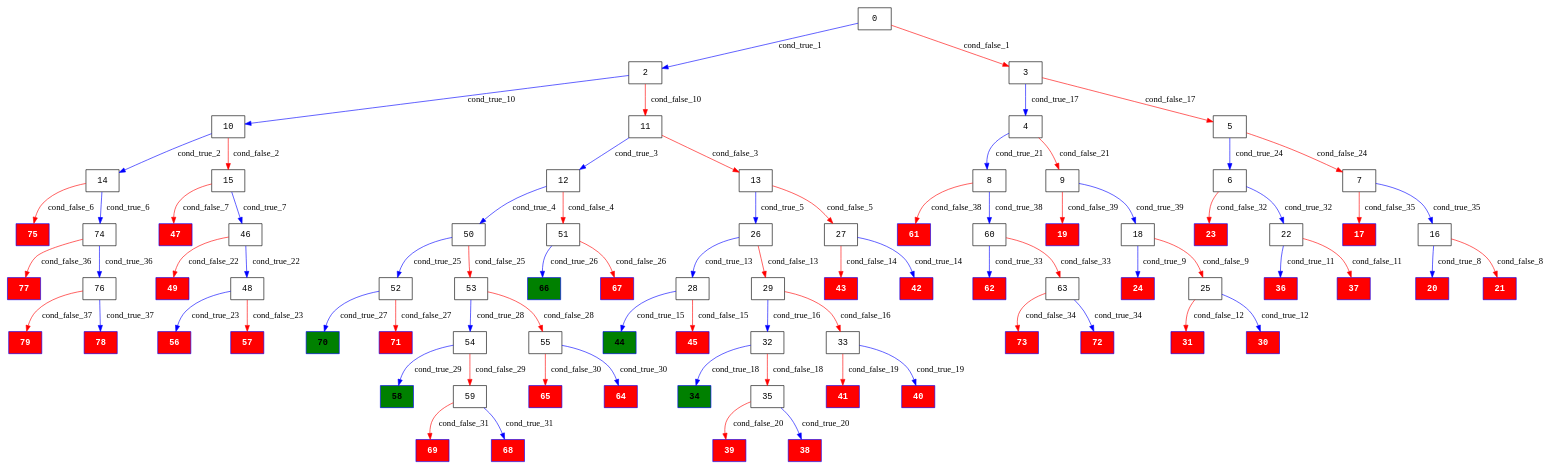
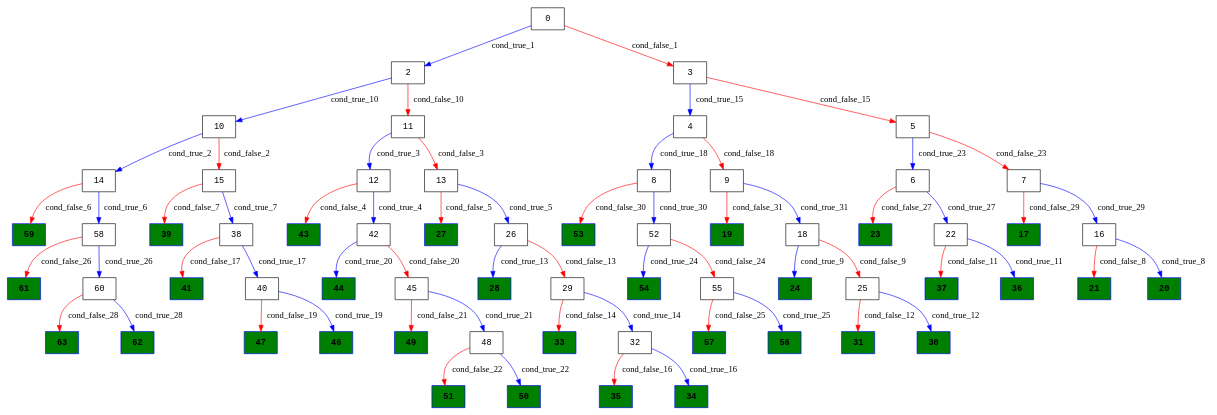
The diagram in klee_results/monotone_binary_int_assumes_processed/monotone_binary_int_assumes_execution_tree.dot (Research-Tools-PAVT/PSE-Program-Examples), drawn with Graphviz before and after one commit. The commit also changed 186 other files, not shown here.

```diff
--- a/klee_results/monotone_binary_int_assumes_processed/monotone_binary_int_assumes_execution_tree.dot
+++ b/klee_results/monotone_binary_int_assumes_processed/monotone_binary_int_assumes_execution_tree.dot
@@ -1,121 +1,97 @@
 digraph ExecutionTree {
 	node [color=black fontname=Courier height=.5 shape=record]
-	70 [color=blue, fillcolor=green, style=filled, fontcolor=black, fontname="Courier-Bold"]
-	66 [color=blue, fillcolor=green, style=filled, fontcolor=black, fontname="Courier-Bold"]
-	58 [color=blue, fillcolor=green, style=filled, fontcolor=black, fontname="Courier-Bold"]
+	63 [color=blue, fillcolor=green, style=filled, fontcolor=black, fontname="Courier-Bold"]
+	62 [color=blue, fillcolor=green, style=filled, fontcolor=black, fontname="Courier-Bold"]
+	61 [color=blue, fillcolor=green, style=filled, fontcolor=black, fontname="Courier-Bold"]
+	59 [color=blue, fillcolor=green, style=filled, fontcolor=black, fontname="Courier-Bold"]
+	57 [color=blue, fillcolor=green, style=filled, fontcolor=black, fontname="Courier-Bold"]
+	56 [color=blue, fillcolor=green, style=filled, fontcolor=black, fontname="Courier-Bold"]
+	54 [color=blue, fillcolor=green, style=filled, fontcolor=black, fontname="Courier-Bold"]
+	53 [color=blue, fillcolor=green, style=filled, fontcolor=black, fontname="Courier-Bold"]
+	51 [color=blue, fillcolor=green, style=filled, fontcolor=black, fontname="Courier-Bold"]
+	50 [color=blue, fillcolor=green, style=filled, fontcolor=black, fontname="Courier-Bold"]
+	49 [color=blue, fillcolor=green, style=filled, fontcolor=black, fontname="Courier-Bold"]
+	47 [color=blue, fillcolor=green, style=filled, fontcolor=black, fontname="Courier-Bold"]
+	46 [color=blue, fillcolor=green, style=filled, fontcolor=black, fontname="Courier-Bold"]
 	44 [color=blue, fillcolor=green, style=filled, fontcolor=black, fontname="Courier-Bold"]
+	43 [color=blue, fillcolor=green, style=filled, fontcolor=black, fontname="Courier-Bold"]
+	41 [color=blue, fillcolor=green, style=filled, fontcolor=black, fontname="Courier-Bold"]
+	39 [color=blue, fillcolor=green, style=filled, fontcolor=black, fontname="Courier-Bold"]
+	37 [color=blue, fillcolor=green, style=filled, fontcolor=black, fontname="Courier-Bold"]
+	36 [color=blue, fillcolor=green, style=filled, fontcolor=black, fontname="Courier-Bold"]
+	35 [color=blue, fillcolor=green, style=filled, fontcolor=black, fontname="Courier-Bold"]
 	34 [color=blue, fillcolor=green, style=filled, fontcolor=black, fontname="Courier-Bold"]
-	17 [color=blue, fillcolor=red, style=filled, fontcolor=white, fontname="Courier-Bold"]
-	56 [color=blue, fillcolor=red, style=filled, fontcolor=white, fontname="Courier-Bold"]
-	24 [color=blue, fillcolor=red, style=filled, fontcolor=white, fontname="Courier-Bold"]
-	79 [color=blue, fillcolor=red, style=filled, fontcolor=white, fontname="Courier-Bold"]
-	20 [color=blue, fillcolor=red, style=filled, fontcolor=white, fontname="Courier-Bold"]
-	77 [color=blue, fillcolor=red, style=filled, fontcolor=white, fontname="Courier-Bold"]
-	75 [color=blue, fillcolor=red, style=filled, fontcolor=white, fontname="Courier-Bold"]
-	73 [color=blue, fillcolor=red, style=filled, fontcolor=white, fontname="Courier-Bold"]
-	71 [color=blue, fillcolor=red, style=filled, fontcolor=white, fontname="Courier-Bold"]
-	69 [color=blue, fillcolor=red, style=filled, fontcolor=white, fontname="Courier-Bold"]
-	67 [color=blue, fillcolor=red, style=filled, fontcolor=white, fontname="Courier-Bold"]
-	65 [color=blue, fillcolor=red, style=filled, fontcolor=white, fontname="Courier-Bold"]
-	72 [color=blue, fillcolor=red, style=filled, fontcolor=white, fontname="Courier-Bold"]
-	61 [color=blue, fillcolor=red, style=filled, fontcolor=white, fontname="Courier-Bold"]
-	68 [color=blue, fillcolor=red, style=filled, fontcolor=white, fontname="Courier-Bold"]
-	36 [color=blue, fillcolor=red, style=filled, fontcolor=white, fontname="Courier-Bold"]
-	57 [color=blue, fillcolor=red, style=filled, fontcolor=white, fontname="Courier-Bold"]
-	64 [color=blue, fillcolor=red, style=filled, fontcolor=white, fontname="Courier-Bold"]
-	49 [color=blue, fillcolor=red, style=filled, fontcolor=white, fontname="Courier-Bold"]
-	47 [color=blue, fillcolor=red, style=filled, fontcolor=white, fontname="Courier-Bold"]
-	45 [color=blue, fillcolor=red, style=filled, fontcolor=white, fontname="Courier-Bold"]
-	43 [color=blue, fillcolor=red, style=filled, fontcolor=white, fontname="Courier-Bold"]
-	41 [color=blue, fillcolor=red, style=filled, fontcolor=white, fontname="Courier-Bold"]
-	39 [color=blue, fillcolor=red, style=filled, fontcolor=white, fontname="Courier-Bold"]
-	62 [color=blue, fillcolor=red, style=filled, fontcolor=white, fontname="Courier-Bold"]
-	37 [color=blue, fillcolor=red, style=filled, fontcolor=white, fontname="Courier-Bold"]
-	38 [color=blue, fillcolor=red, style=filled, fontcolor=white, fontname="Courier-Bold"]
-	40 [color=blue, fillcolor=red, style=filled, fontcolor=white, fontname="Courier-Bold"]
-	31 [color=blue, fillcolor=red, style=filled, fontcolor=white, fontname="Courier-Bold"]
-	42 [color=blue, fillcolor=red, style=filled, fontcolor=white, fontname="Courier-Bold"]
-	30 [color=blue, fillcolor=red, style=filled, fontcolor=white, fontname="Courier-Bold"]
-	23 [color=blue, fillcolor=red, style=filled, fontcolor=white, fontname="Courier-Bold"]
-	21 [color=blue, fillcolor=red, style=filled, fontcolor=white, fontname="Courier-Bold"]
-	19 [color=blue, fillcolor=red, style=filled, fontcolor=white, fontname="Courier-Bold"]
-	78 [color=blue, fillcolor=red, style=filled, fontcolor=white, fontname="Courier-Bold"]
+	33 [color=blue, fillcolor=green, style=filled, fontcolor=black, fontname="Courier-Bold"]
+	31 [color=blue, fillcolor=green, style=filled, fontcolor=black, fontname="Courier-Bold"]
+	30 [color=blue, fillcolor=green, style=filled, fontcolor=black, fontname="Courier-Bold"]
+	28 [color=blue, fillcolor=green, style=filled, fontcolor=black, fontname="Courier-Bold"]
+	27 [color=blue, fillcolor=green, style=filled, fontcolor=black, fontname="Courier-Bold"]
+	24 [color=blue, fillcolor=green, style=filled, fontcolor=black, fontname="Courier-Bold"]
+	23 [color=blue, fillcolor=green, style=filled, fontcolor=black, fontname="Courier-Bold"]
+	21 [color=blue, fillcolor=green, style=filled, fontcolor=black, fontname="Courier-Bold"]
+	20 [color=blue, fillcolor=green, style=filled, fontcolor=black, fontname="Courier-Bold"]
+	19 [color=blue, fillcolor=green, style=filled, fontcolor=black, fontname="Courier-Bold"]
+	17 [color=blue, fillcolor=green, style=filled, fontcolor=black, fontname="Courier-Bold"]
 	0 -> 2 [label=cond_true_1 color=blue]
 	0 -> 3 [label=cond_false_1 color=red]
 	2 -> 10 [label=cond_true_10 color=blue]
 	2 -> 11 [label=cond_false_10 color=red]
-	3 -> 4 [label=cond_true_17 color=blue]
-	3 -> 5 [label=cond_false_17 color=red]
+	3 -> 4 [label=cond_true_15 color=blue]
+	3 -> 5 [label=cond_false_15 color=red]
 	10 -> 14 [label=cond_true_2 color=blue]
 	10 -> 15 [label=cond_false_2 color=red]
-	14 -> 74 [label=cond_true_6 color=blue]
-	14 -> 75 [label=cond_false_6 color=red]
-	15 -> 46 [label=cond_true_7 color=blue]
-	15 -> 47 [label=cond_false_7 color=red]
+	14 -> 58 [label=cond_true_6 color=blue]
+	14 -> 59 [label=cond_false_6 color=red]
+	15 -> 38 [label=cond_true_7 color=blue]
+	15 -> 39 [label=cond_false_7 color=red]
 	11 -> 12 [label=cond_true_3 color=blue]
 	11 -> 13 [label=cond_false_3 color=red]
-	12 -> 50 [label=cond_true_4 color=blue]
-	12 -> 51 [label=cond_false_4 color=red]
+	12 -> 42 [label=cond_true_4 color=blue]
+	12 -> 43 [label=cond_false_4 color=red]
 	13 -> 26 [label=cond_true_5 color=blue]
 	13 -> 27 [label=cond_false_5 color=red]
-	50 -> 52 [label=cond_true_25 color=blue]
-	50 -> 53 [label=cond_false_25 color=red]
-	51 -> 66 [label=cond_true_26 color=blue]
-	51 -> 67 [label=cond_false_26 color=red]
+	42 -> 44 [label=cond_true_20 color=blue]
+	42 -> 45 [label=cond_false_20 color=red]
 	26 -> 28 [label=cond_true_13 color=blue]
 	26 -> 29 [label=cond_false_13 color=red]
-	27 -> 42 [label=cond_true_14 color=blue]
-	27 -> 43 [label=cond_false_14 color=red]
-	74 -> 76 [label=cond_true_36 color=blue]
-	74 -> 77 [label=cond_false_36 color=red]
-	46 -> 48 [label=cond_true_22 color=blue]
-	46 -> 49 [label=cond_false_22 color=red]
+	58 -> 60 [label=cond_true_26 color=blue]
+	58 -> 61 [label=cond_false_26 color=red]
+	38 -> 40 [label=cond_true_17 color=blue]
+	38 -> 41 [label=cond_false_17 color=red]
 	16 -> 20 [label=cond_true_8 color=blue]
 	16 -> 21 [label=cond_false_8 color=red]
 	18 -> 24 [label=cond_true_9 color=blue]
 	18 -> 25 [label=cond_false_9 color=red]
 	25 -> 30 [label=cond_true_12 color=blue]
 	25 -> 31 [label=cond_false_12 color=red]
 	22 -> 36 [label=cond_true_11 color=blue]
 	22 -> 37 [label=cond_false_11 color=red]
-	28 -> 44 [label=cond_true_15 color=blue]
-	28 -> 45 [label=cond_false_15 color=red]
-	29 -> 32 [label=cond_true_16 color=blue]
-	29 -> 33 [label=cond_false_16 color=red]
-	32 -> 34 [label=cond_true_18 color=blue]
-	32 -> 35 [label=cond_false_18 color=red]
-	33 -> 40 [label=cond_true_19 color=blue]
-	33 -> 41 [label=cond_false_19 color=red]
-	4 -> 8 [label=cond_true_21 color=blue]
-	4 -> 9 [label=cond_false_21 color=red]
-	5 -> 6 [label=cond_true_24 color=blue]
-	5 -> 7 [label=cond_false_24 color=red]
-	35 -> 38 [label=cond_true_20 color=blue]
-	35 -> 39 [label=cond_false_20 color=red]
-	8 -> 60 [label=cond_true_38 color=blue]
-	8 -> 61 [label=cond_false_38 color=red]
-	9 -> 18 [label=cond_true_39 color=blue]
-	9 -> 19 [label=cond_false_39 color=red]
-	48 -> 56 [label=cond_true_23 color=blue]
-	48 -> 57 [label=cond_false_23 color=red]
-	6 -> 22 [label=cond_true_32 color=blue]
-	6 -> 23 [label=cond_false_32 color=red]
-	7 -> 16 [label=cond_true_35 color=blue]
-	7 -> 17 [label=cond_false_35 color=red]
-	52 -> 70 [label=cond_true_27 color=blue]
-	52 -> 71 [label=cond_false_27 color=red]
-	53 -> 54 [label=cond_true_28 color=blue]
-	53 -> 55 [label=cond_false_28 color=red]
-	54 -> 58 [label=cond_true_29 color=blue]
-	54 -> 59 [label=cond_false_29 color=red]
-	55 -> 64 [label=cond_true_30 color=blue]
-	55 -> 65 [label=cond_false_30 color=red]
-	59 -> 68 [label=cond_true_31 color=blue]
-	59 -> 69 [label=cond_false_31 color=red]
-	60 -> 62 [label=cond_true_33 color=blue]
-	60 -> 63 [label=cond_false_33 color=red]
-	63 -> 72 [label=cond_true_34 color=blue]
-	63 -> 73 [label=cond_false_34 color=red]
-	76 -> 78 [label=cond_true_37 color=blue]
-	76 -> 79 [label=cond_false_37 color=red]
+	29 -> 32 [label=cond_true_14 color=blue]
+	29 -> 33 [label=cond_false_14 color=red]
+	32 -> 34 [label=cond_true_16 color=blue]
+	32 -> 35 [label=cond_false_16 color=red]
+	4 -> 8 [label=cond_true_18 color=blue]
+	4 -> 9 [label=cond_false_18 color=red]
+	5 -> 6 [label=cond_true_23 color=blue]
+	5 -> 7 [label=cond_false_23 color=red]
+	40 -> 46 [label=cond_true_19 color=blue]
+	40 -> 47 [label=cond_false_19 color=red]
+	8 -> 52 [label=cond_true_30 color=blue]
+	8 -> 53 [label=cond_false_30 color=red]
+	9 -> 18 [label=cond_true_31 color=blue]
+	9 -> 19 [label=cond_false_31 color=red]
+	45 -> 48 [label=cond_true_21 color=blue]
+	45 -> 49 [label=cond_false_21 color=red]
+	48 -> 50 [label=cond_true_22 color=blue]
+	48 -> 51 [label=cond_false_22 color=red]
+	6 -> 22 [label=cond_true_27 color=blue]
+	6 -> 23 [label=cond_false_27 color=red]
+	7 -> 16 [label=cond_true_29 color=blue]
+	7 -> 17 [label=cond_false_29 color=red]
+	52 -> 54 [label=cond_true_24 color=blue]
+	52 -> 55 [label=cond_false_24 color=red]
+	55 -> 56 [label=cond_true_25 color=blue]
+	55 -> 57 [label=cond_false_25 color=red]
+	60 -> 62 [label=cond_true_28 color=blue]
+	60 -> 63 [label=cond_false_28 color=red]
 }
```
